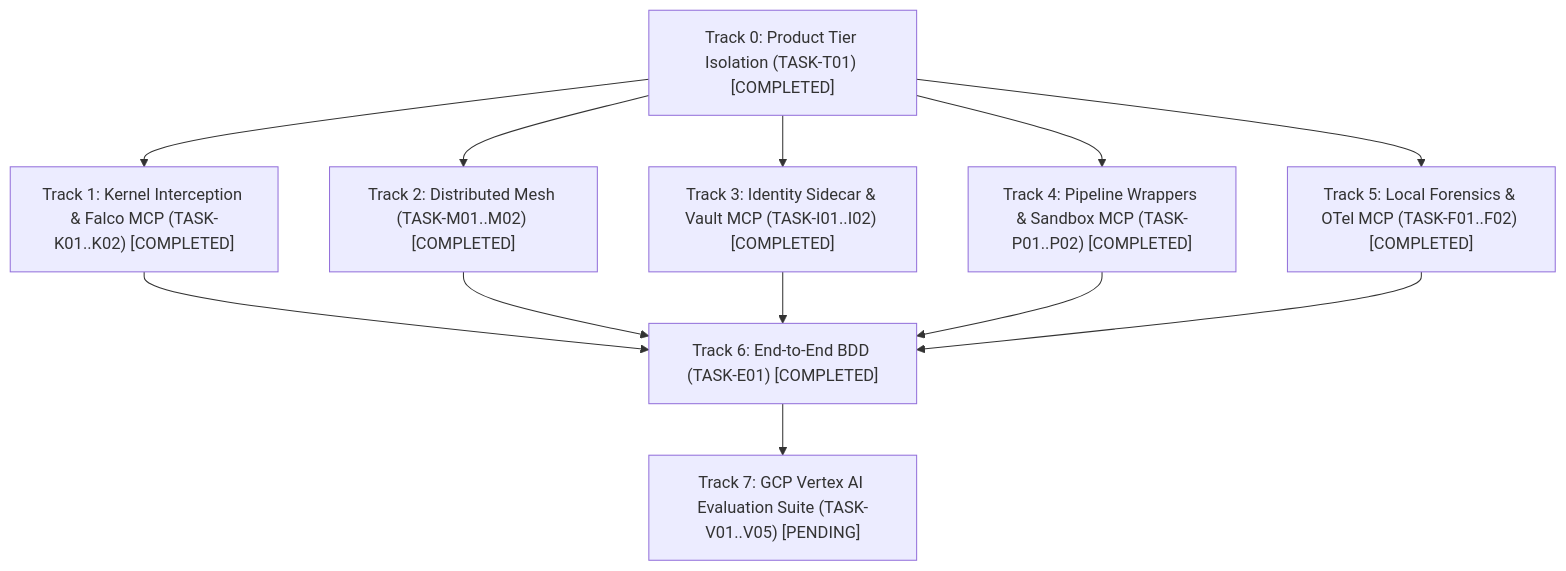
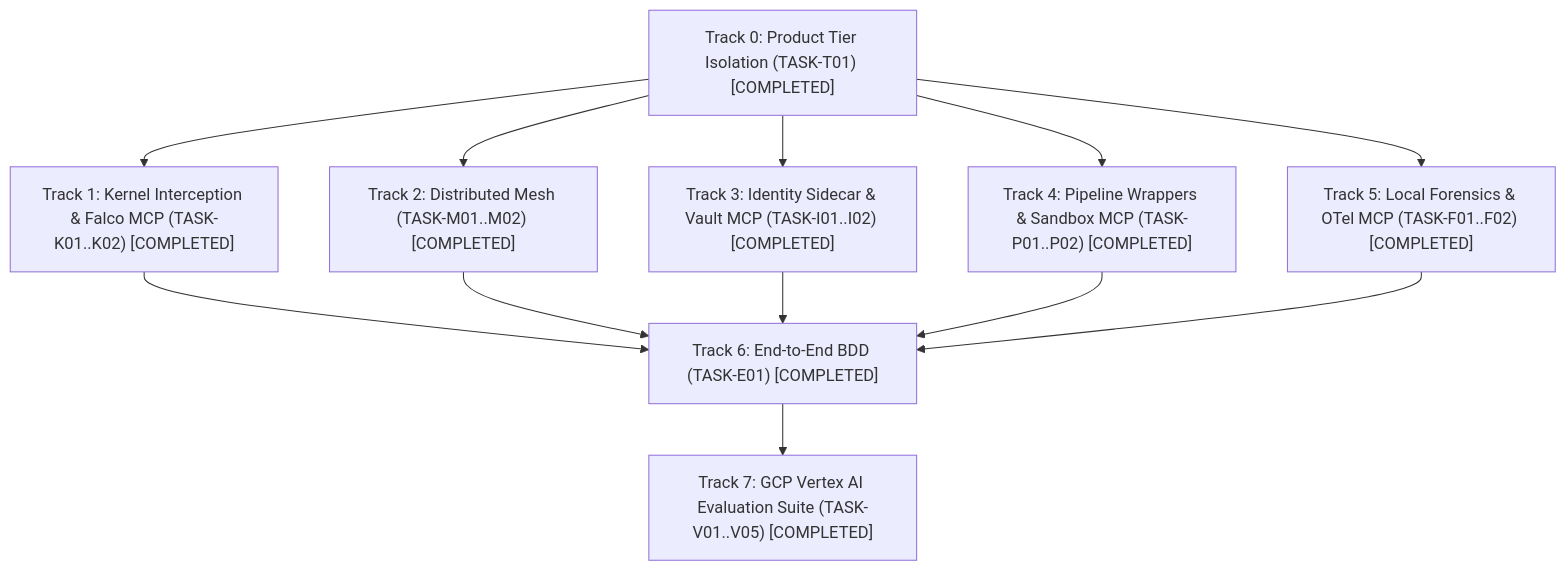
Before and after one commit to JAaron93/Blackwall: the diagram in .kiro/specs/blackwall-enterprise-security-mesh/tasks.md, drawn with Mermaid. The commit also changed other lines of this file and 2 other files, not shown here.

Commit message:
feat(eval): implement Track 7 GCP Vertex AI Evaluation and Cybench suite (TASK-V01..V05)

````diff
--- a/.kiro/specs/blackwall-enterprise-security-mesh/tasks.md
+++ b/.kiro/specs/blackwall-enterprise-security-mesh/tasks.md
@@ -9,25 +9,25 @@
 ```mermaid
 graph TD
     Track0["Track 0: Product Tier Isolation (TASK-T01) [COMPLETED]"]
     Track1["Track 1: Kernel Interception & Falco MCP (TASK-K01..K02) [COMPLETED]"]
     Track2["Track 2: Distributed Mesh (TASK-M01..M02) [COMPLETED]"]
     Track3["Track 3: Identity Sidecar & Vault MCP (TASK-I01..I02) [COMPLETED]"]
     Track4["Track 4: Pipeline Wrappers & Sandbox MCP (TASK-P01..P02) [COMPLETED]"]
     Track5["Track 5: Local Forensics & OTel MCP (TASK-F01..F02) [COMPLETED]"]
     Track6["Track 6: End-to-End BDD (TASK-E01) [COMPLETED]"]
-    Track7["Track 7: GCP Vertex AI Evaluation Suite (TASK-V01..V05) [PENDING]"]
+    Track7["Track 7: GCP Vertex AI Evaluation Suite (TASK-V01..V05) [COMPLETED]"]
 
     Track0 --> Track1
     Track0 --> Track2
     Track0 --> Track3
     Track0 --> Track4
     Track0 --> Track5
 
     Track1 --> Track6
     Track2 --> Track6
     Track3 --> Track6
     Track4 --> Track6
     Track5 --> Track6
 
     Track6 --> Track7
 ```
````
